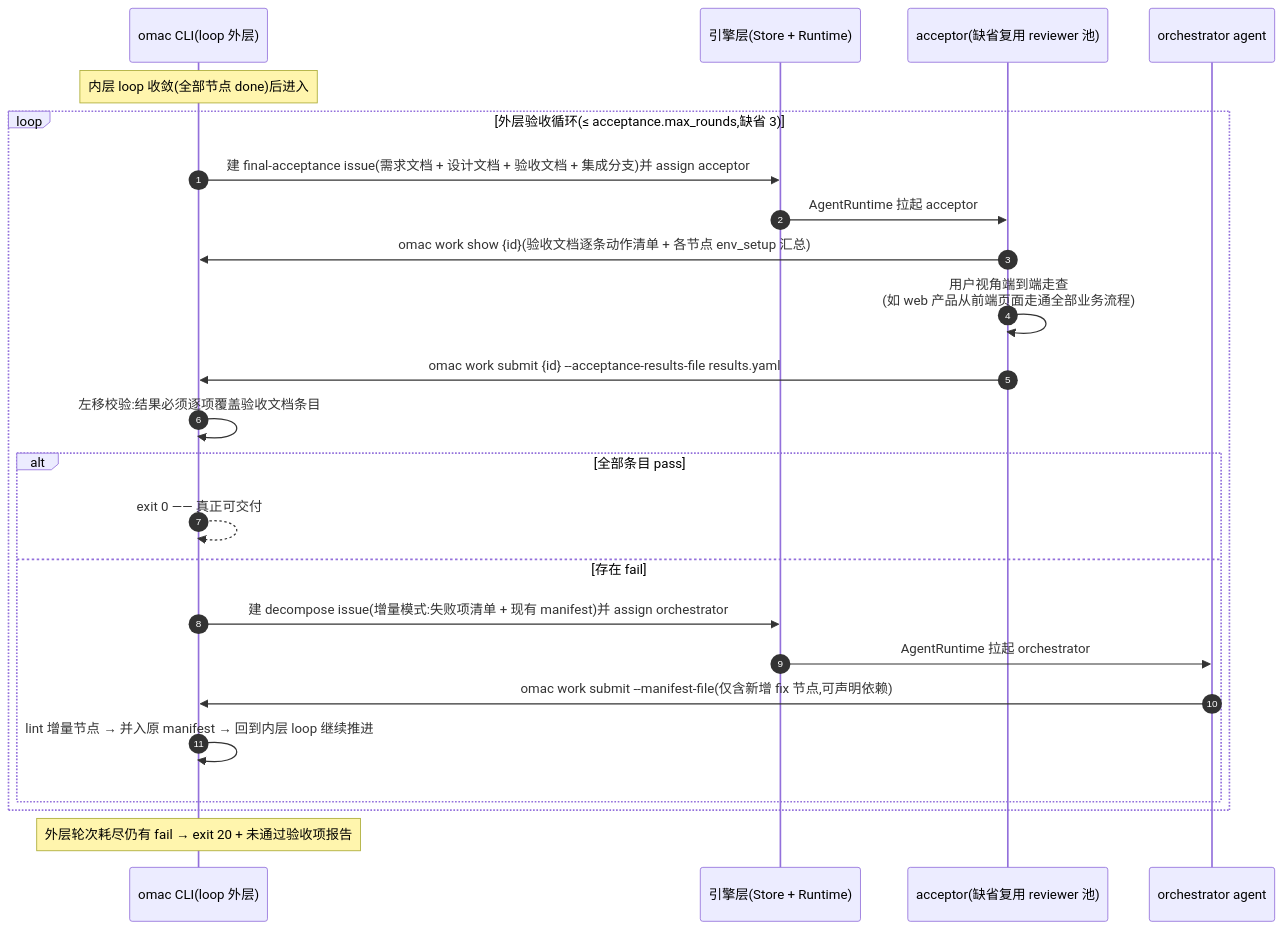
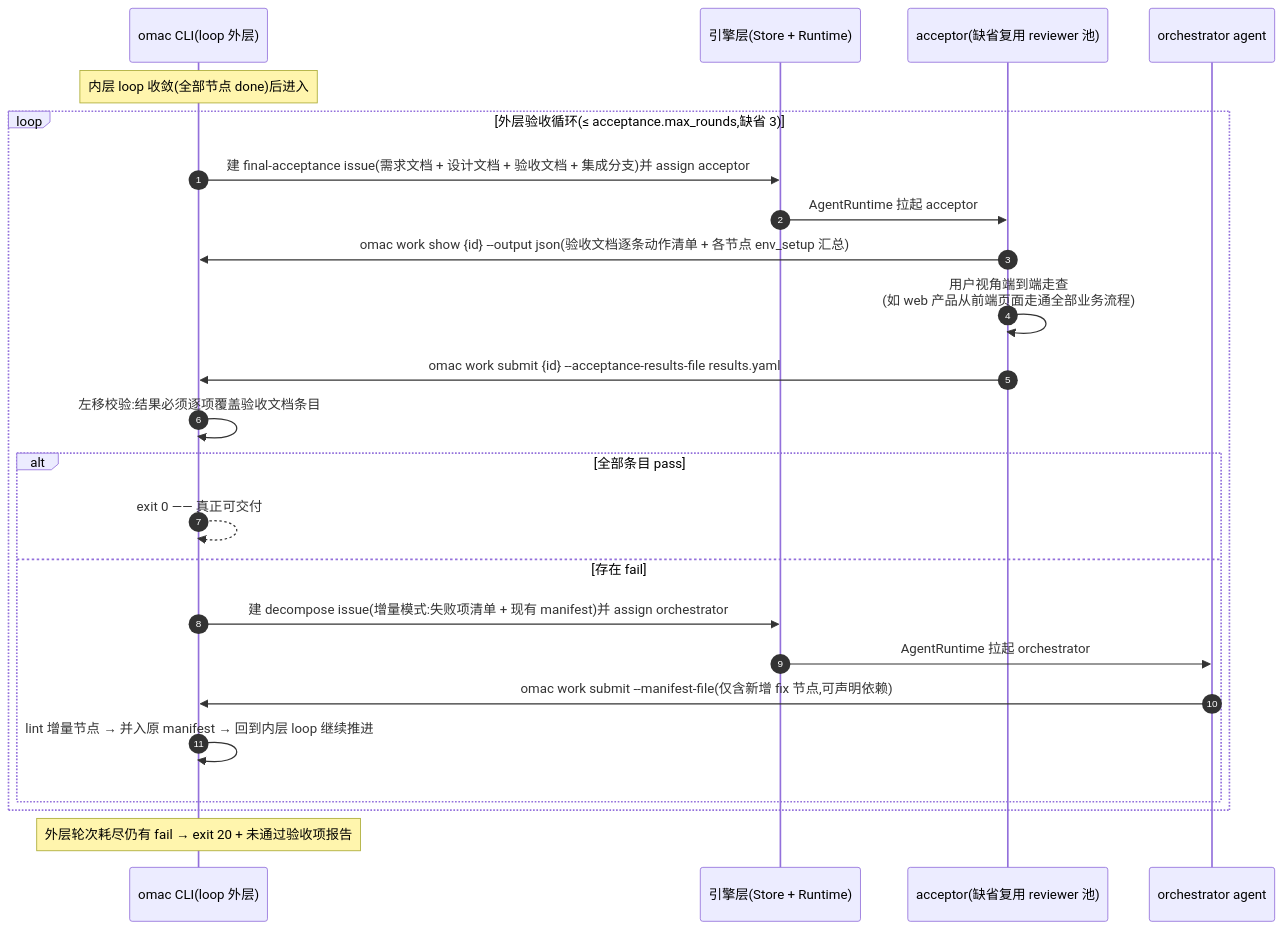
Before and after one commit to xiaohei-info/oh-my-multica: the seventh of 7 diagrams in docs/omac-cli-design.md, drawn with Mermaid. The commit also changed other lines of this file and 38 other files, not shown here.

````diff
--- a/docs/omac-cli-design.md
+++ b/docs/omac-cli-design.md
@@ -560,29 +559,29 @@
 ```mermaid
 sequenceDiagram
     autonumber
     participant C as omac CLI(loop 外层)
     participant M as 引擎层(Store + Runtime)
     participant A as acceptor(缺省复用 reviewer 池)
     participant O as orchestrator agent
 
     Note over C: 内层 loop 收敛(全部节点 done)后进入
 
     loop 外层验收循环(≤ acceptance.max_rounds,缺省 3)
         C->>M: 建 final-acceptance issue(需求文档 + 设计文档 + 验收文档 + 集成分支)并 assign acceptor
         M->>A: AgentRuntime 拉起 acceptor
-        A->>C: omac work show {id}(验收文档逐条动作清单 + 各节点 env_setup 汇总)
+        A->>C: omac work show {id} --output json(验收文档逐条动作清单 + 各节点 env_setup 汇总)
         A->>A: 用户视角端到端走查<br/>(如 web 产品从前端页面走通全部业务流程)
         A->>C: omac work submit {id} --acceptance-results-file results.yaml
         C->>C: 左移校验:结果必须逐项覆盖验收文档条目
 
         alt 全部条目 pass
             C-->>C: exit 0 —— 真正可交付
         else 存在 fail
             C->>M: 建 decompose issue(增量模式:失败项清单 + 现有 manifest)并 assign orchestrator
             M->>O: AgentRuntime 拉起 orchestrator
             O->>C: omac work submit --manifest-file(仅含新增 fix 节点,可声明依赖)
             C->>C: lint 增量节点 → 并入原 manifest → 回到内层 loop 继续推进
         end
     end
     Note over C: 外层轮次耗尽仍有 fail → exit 20 + 未通过验收项报告
 ```
````
